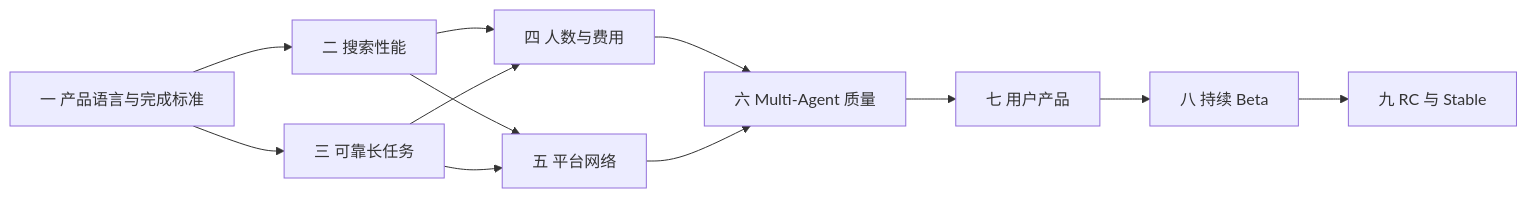
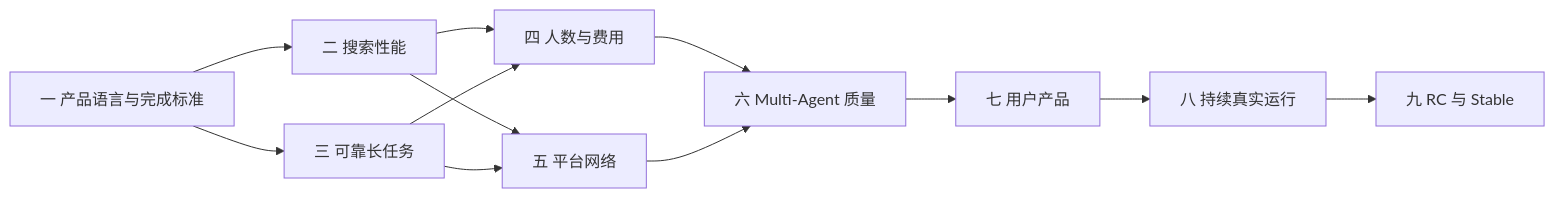
One commit to Oxygen56/TripChord changed the second of 2 diagrams in docs/roadmap.md. Above: the diagram before and after it, drawn with Mermaid. The commit also changed other lines of this file and 6 other files, not shown here.

````diff
--- a/docs/roadmap.md
+++ b/docs/roadmap.md
@@ -455,14 +455,14 @@
 ```mermaid
 flowchart LR
     A[一 产品语言与完成标准] --> B[二 搜索性能]
     A --> C[三 可靠长任务]
     B --> D[四 人数与费用]
     C --> D
     B --> E[五 平台网络]
     C --> E
     D --> F[六 Multi-Agent 质量]
     E --> F
     F --> G[七 用户产品]
-    G --> H[八 持续 Beta]
+    G --> H[八 持续真实运行]
     H --> I[九 RC 与 Stable]
 ```
````
